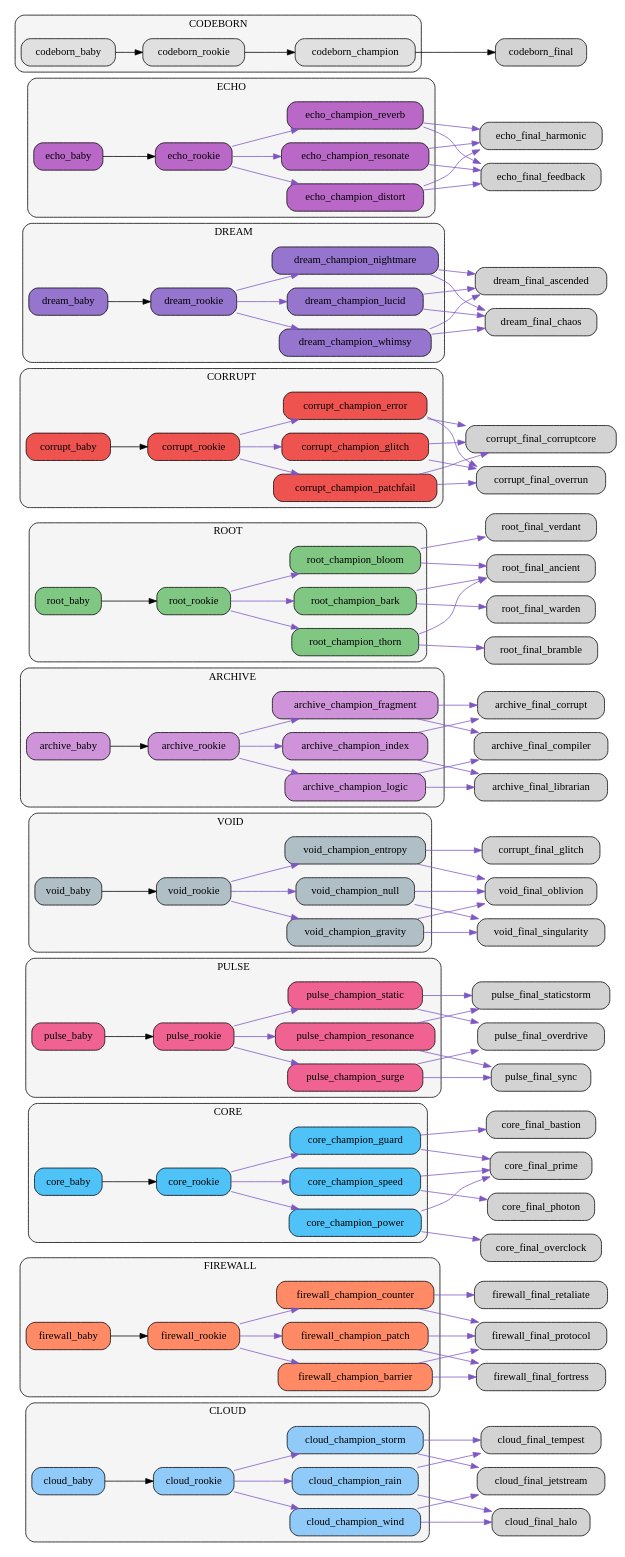
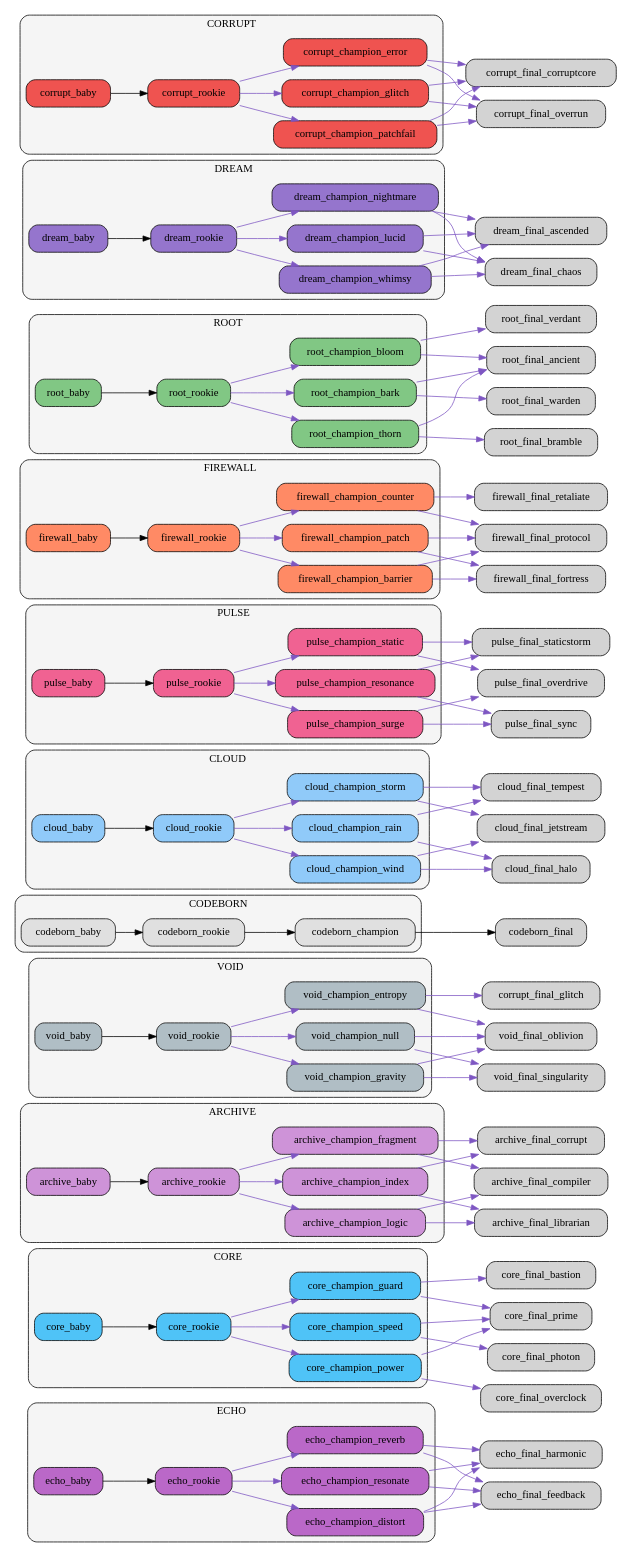
The diagram in src/netgrid/systems/evolution/graphs/clusters/evolution_clusters.dot (bwlight/NetGrid), drawn with Graphviz before and after one commit. The commit also changed other lines of this file and 8 other files, not shown here.

Commit message:
Auto-update evolution graphs

```diff
--- a/src/netgrid/systems/evolution/graphs/clusters/evolution_clusters.dot
+++ b/src/netgrid/systems/evolution/graphs/clusters/evolution_clusters.dot
@@ -1,6 +1,49 @@
 digraph EvolutionTree {
   rankdir=LR;
   node [shape=box, style="rounded,filled"];
+  subgraph cluster_echo {
+    label="ECHO";
+    style="rounded,filled"; fillcolor="#f5f5f5";
+    "echo_baby" [fillcolor="#ba68c8"];
+    "echo_rookie" [fillcolor="#ba68c8"];
+    "echo_champion_resonate" [fillcolor="#ba68c8"];
+    "echo_champion_reverb" [fillcolor="#ba68c8"];
+    "echo_champion_distort" [fillcolor="#ba68c8"];
+  }
+  subgraph cluster_core {
+    label="CORE";
+    style="rounded,filled"; fillcolor="#f5f5f5";
+    "core_baby" [fillcolor="#4fc3f7"];
+    "core_rookie" [fillcolor="#4fc3f7"];
+    "core_champion_power" [fillcolor="#4fc3f7"];
+    "core_champion_guard" [fillcolor="#4fc3f7"];
+    "core_champion_speed" [fillcolor="#4fc3f7"];
+  }
+  subgraph cluster_archive {
+    label="ARCHIVE";
+    style="rounded,filled"; fillcolor="#f5f5f5";
+    "archive_baby" [fillcolor="#ce93d8"];
+    "archive_rookie" [fillcolor="#ce93d8"];
+    "archive_champion_logic" [fillcolor="#ce93d8"];
+    "archive_champion_index" [fillcolor="#ce93d8"];
+    "archive_champion_fragment" [fillcolor="#ce93d8"];
+  }
+  subgraph cluster_void {
+    label="VOID";
+    style="rounded,filled"; fillcolor="#f5f5f5";
+    "void_baby" [fillcolor="#b0bec5"];
+    "void_rookie" [fillcolor="#b0bec5"];
+    "void_champion_entropy" [fillcolor="#b0bec5"];
+    "void_champion_gravity" [fillcolor="#b0bec5"];
+    "void_champion_null" [fillcolor="#b0bec5"];
+  }
+  subgraph cluster_codeborn {
+    label="CODEBORN";
+    style="rounded,filled"; fillcolor="#f5f5f5";
+    "codeborn_baby" [fillcolor="#e0e0e0"];
+    "codeborn_rookie" [fillcolor="#e0e0e0"];
+    "codeborn_champion" [fillcolor="#e0e0e0"];
+  }
   subgraph cluster_cloud {
     label="CLOUD";
     style="rounded,filled"; fillcolor="#f5f5f5";
@@ -9,6 +52,15 @@
     "cloud_champion_wind" [fillcolor="#90caf9"];
     "cloud_champion_rain" [fillcolor="#90caf9"];
     "cloud_champion_storm" [fillcolor="#90caf9"];
+  }
+  subgraph cluster_pulse {
+    label="PULSE";
+    style="rounded,filled"; fillcolor="#f5f5f5";
+    "pulse_baby" [fillcolor="#f06292"];
+    "pulse_rookie" [fillcolor="#f06292"];
+    "pulse_champion_surge" [fillcolor="#f06292"];
+    "pulse_champion_resonance" [fillcolor="#f06292"];
+    "pulse_champion_static" [fillcolor="#f06292"];
   }
   subgraph cluster_firewall {
     label="FIREWALL";
@@ -19,42 +71,6 @@
     "firewall_champion_counter" [fillcolor="#ff8a65"];
     "firewall_champion_patch" [fillcolor="#ff8a65"];
   }
-  subgraph cluster_core {
-    label="CORE";
-    style="rounded,filled"; fillcolor="#f5f5f5";
-    "core_baby" [fillcolor="#4fc3f7"];
-    "core_rookie" [fillcolor="#4fc3f7"];
-    "core_champion_power" [fillcolor="#4fc3f7"];
-    "core_champion_guard" [fillcolor="#4fc3f7"];
-    "core_champion_speed" [fillcolor="#4fc3f7"];
-  }
-  subgraph cluster_pulse {
-    label="PULSE";
-    style="rounded,filled"; fillcolor="#f5f5f5";
-    "pulse_baby" [fillcolor="#f06292"];
-    "pulse_rookie" [fillcolor="#f06292"];
-    "pulse_champion_surge" [fillcolor="#f06292"];
-    "pulse_champion_resonance" [fillcolor="#f06292"];
-    "pulse_champion_static" [fillcolor="#f06292"];
-  }
-  subgraph cluster_void {
-    label="VOID";
-    style="rounded,filled"; fillcolor="#f5f5f5";
-    "void_baby" [fillcolor="#b0bec5"];
-    "void_rookie" [fillcolor="#b0bec5"];
-    "void_champion_entropy" [fillcolor="#b0bec5"];
-    "void_champion_gravity" [fillcolor="#b0bec5"];
-    "void_champion_null" [fillcolor="#b0bec5"];
-  }
-  subgraph cluster_archive {
-    label="ARCHIVE";
-    style="rounded,filled"; fillcolor="#f5f5f5";
-    "archive_baby" [fillcolor="#ce93d8"];
-    "archive_rookie" [fillcolor="#ce93d8"];
-    "archive_champion_logic" [fillcolor="#ce93d8"];
-    "archive_champion_index" [fillcolor="#ce93d8"];
-    "archive_champion_fragment" [fillcolor="#ce93d8"];
-  }
   subgraph cluster_root {
     label="ROOT";
     style="rounded,filled"; fillcolor="#f5f5f5";
@@ -63,6 +79,15 @@
     "root_champion_thorn" [fillcolor="#81c784"];
     "root_champion_bloom" [fillcolor="#81c784"];
     "root_champion_bark" [fillcolor="#81c784"];
+  }
+  subgraph cluster_dream {
+    label="DREAM";
+    style="rounded,filled"; fillcolor="#f5f5f5";
+    "dream_baby" [fillcolor="#9575cd"];
+    "dream_rookie" [fillcolor="#9575cd"];
+    "dream_champion_lucid" [fillcolor="#9575cd"];
+    "dream_champion_nightmare" [fillcolor="#9575cd"];
+    "dream_champion_whimsy" [fillcolor="#9575cd"];
   }
   subgraph cluster_corrupt {
     label="CORRUPT";
@@ -73,31 +98,49 @@
     "corrupt_champion_error" [fillcolor="#ef5350"];
     "corrupt_champion_patchfail" [fillcolor="#ef5350"];
   }
-  subgraph cluster_dream {
-    label="DREAM";
-    style="rounded,filled"; fillcolor="#f5f5f5";
-    "dream_baby" [fillcolor="#9575cd"];
-    "dream_rookie" [fillcolor="#9575cd"];
-    "dream_champion_lucid" [fillcolor="#9575cd"];
-    "dream_champion_nightmare" [fillcolor="#9575cd"];
-    "dream_champion_whimsy" [fillcolor="#9575cd"];
-  }
-  subgraph cluster_echo {
-    label="ECHO";
-    style="rounded,filled"; fillcolor="#f5f5f5";
-    "echo_baby" [fillcolor="#ba68c8"];
-    "echo_rookie" [fillcolor="#ba68c8"];
-    "echo_champion_resonate" [fillcolor="#ba68c8"];
-    "echo_champion_reverb" [fillcolor="#ba68c8"];
-    "echo_champion_distort" [fillcolor="#ba68c8"];
-  }
-  subgraph cluster_codeborn {
-    label="CODEBORN";
-    style="rounded,filled"; fillcolor="#f5f5f5";
-    "codeborn_baby" [fillcolor="#e0e0e0"];
-    "codeborn_rookie" [fillcolor="#e0e0e0"];
-    "codeborn_champion" [fillcolor="#e0e0e0"];
-  }
+  "echo_baby" -> "echo_rookie";
+  "echo_rookie" -> "echo_champion_resonate" [color="#7e57c2"];
+  "echo_rookie" -> "echo_champion_reverb" [color="#7e57c2"];
+  "echo_rookie" -> "echo_champion_distort" [color="#7e57c2"];
+  "echo_champion_resonate" -> "echo_final_harmonic" [color="#7e57c2"];
+  "echo_champion_resonate" -> "echo_final_feedback" [color="#7e57c2"];
+  "echo_champion_reverb" -> "echo_final_feedback" [color="#7e57c2"];
+  "echo_champion_reverb" -> "echo_final_harmonic" [color="#7e57c2"];
+  "echo_champion_distort" -> "echo_final_feedback" [color="#7e57c2"];
+  "echo_champion_distort" -> "echo_final_harmonic" [color="#7e57c2"];
+  "core_baby" -> "core_rookie";
+  "core_rookie" -> "core_champion_power" [color="#7e57c2"];
+  "core_rookie" -> "core_champion_guard" [color="#7e57c2"];
+  "core_rookie" -> "core_champion_speed" [color="#7e57c2"];
+  "core_champion_power" -> "core_final_overclock" [color="#7e57c2"];
+  "core_champion_power" -> "core_final_prime" [color="#7e57c2"];
+  "core_champion_guard" -> "core_final_bastion" [color="#7e57c2"];
+  "core_champion_guard" -> "core_final_prime" [color="#7e57c2"];
+  "core_champion_speed" -> "core_final_photon" [color="#7e57c2"];
+  "core_champion_speed" -> "core_final_prime" [color="#7e57c2"];
+  "archive_baby" -> "archive_rookie";
+  "archive_rookie" -> "archive_champion_logic" [color="#7e57c2"];
+  "archive_rookie" -> "archive_champion_index" [color="#7e57c2"];
+  "archive_rookie" -> "archive_champion_fragment" [color="#7e57c2"];
+  "archive_champion_logic" -> "archive_final_compiler" [color="#7e57c2"];
+  "archive_champion_logic" -> "archive_final_librarian" [color="#7e57c2"];
+  "archive_champion_index" -> "archive_final_librarian" [color="#7e57c2"];
+  "archive_champion_index" -> "archive_final_corrupt" [color="#7e57c2"];
+  "archive_champion_fragment" -> "archive_final_corrupt" [color="#7e57c2"];
+  "archive_champion_fragment" -> "archive_final_compiler" [color="#7e57c2"];
+  "void_baby" -> "void_rookie";
+  "void_rookie" -> "void_champion_entropy" [color="#7e57c2"];
+  "void_rookie" -> "void_champion_gravity" [color="#7e57c2"];
+  "void_rookie" -> "void_champion_null" [color="#7e57c2"];
+  "void_champion_entropy" -> "corrupt_final_glitch" [color="#7e57c2"];
+  "void_champion_entropy" -> "void_final_oblivion" [color="#7e57c2"];
+  "void_champion_gravity" -> "void_final_singularity" [color="#7e57c2"];
+  "void_champion_gravity" -> "void_final_oblivion" [color="#7e57c2"];
+  "void_champion_null" -> "void_final_oblivion" [color="#7e57c2"];
+  "void_champion_null" -> "void_final_singularity" [color="#7e57c2"];
+  "codeborn_baby" -> "codeborn_rookie";
+  "codeborn_rookie" -> "codeborn_champion";
+  "codeborn_champion" -> "codeborn_final";
   "cloud_baby" -> "cloud_rookie";
   "cloud_rookie" -> "cloud_champion_wind" [color="#7e57c2"];
   "cloud_rookie" -> "cloud_champion_rain" [color="#7e57c2"];
@@ -108,6 +151,16 @@
   "cloud_champion_rain" -> "cloud_final_tempest" [color="#7e57c2"];
   "cloud_champion_storm" -> "cloud_final_tempest" [color="#7e57c2"];
   "cloud_champion_storm" -> "cloud_final_jetstream" [color="#7e57c2"];
+  "pulse_baby" -> "pulse_rookie";
+  "pulse_rookie" -> "pulse_champion_surge" [color="#7e57c2"];
+  "pulse_rookie" -> "pulse_champion_resonance" [color="#7e57c2"];
+  "pulse_rookie" -> "pulse_champion_static" [color="#7e57c2"];
+  "pulse_champion_surge" -> "pulse_final_overdrive" [color="#7e57c2"];
+  "pulse_champion_surge" -> "pulse_final_sync" [color="#7e57c2"];
+  "pulse_champion_resonance" -> "pulse_final_sync" [color="#7e57c2"];
+  "pulse_champion_resonance" -> "pulse_final_staticstorm" [color="#7e57c2"];
+  "pulse_champion_static" -> "pulse_final_staticstorm" [color="#7e57c2"];
+  "pulse_champion_static" -> "pulse_final_overdrive" [color="#7e57c2"];
   "firewall_baby" -> "firewall_rookie";
   "firewall_rookie" -> "firewall_champion_barrier" [color="#7e57c2"];
   "firewall_rookie" -> "firewall_champion_counter" [color="#7e57c2"];
@@ -118,46 +171,6 @@
   "firewall_champion_counter" -> "firewall_final_protocol" [color="#7e57c2"];
   "firewall_champion_patch" -> "firewall_final_protocol" [color="#7e57c2"];
   "firewall_champion_patch" -> "firewall_final_fortress" [color="#7e57c2"];
-  "core_baby" -> "core_rookie";
-  "core_rookie" -> "core_champion_power" [color="#7e57c2"];
-  "core_rookie" -> "core_champion_guard" [color="#7e57c2"];
-  "core_rookie" -> "core_champion_speed" [color="#7e57c2"];
-  "core_champion_power" -> "core_final_overclock" [color="#7e57c2"];
-  "core_champion_power" -> "core_final_prime" [color="#7e57c2"];
-  "core_champion_guard" -> "core_final_bastion" [color="#7e57c2"];
-  "core_champion_guard" -> "core_final_prime" [color="#7e57c2"];
-  "core_champion_speed" -> "core_final_photon" [color="#7e57c2"];
-  "core_champion_speed" -> "core_final_prime" [color="#7e57c2"];
-  "pulse_baby" -> "pulse_rookie";
-  "pulse_rookie" -> "pulse_champion_surge" [color="#7e57c2"];
-  "pulse_rookie" -> "pulse_champion_resonance" [color="#7e57c2"];
-  "pulse_rookie" -> "pulse_champion_static" [color="#7e57c2"];
-  "pulse_champion_surge" -> "pulse_final_overdrive" [color="#7e57c2"];
-  "pulse_champion_surge" -> "pulse_final_sync" [color="#7e57c2"];
-  "pulse_champion_resonance" -> "pulse_final_sync" [color="#7e57c2"];
-  "pulse_champion_resonance" -> "pulse_final_staticstorm" [color="#7e57c2"];
-  "pulse_champion_static" -> "pulse_final_staticstorm" [color="#7e57c2"];
-  "pulse_champion_static" -> "pulse_final_overdrive" [color="#7e57c2"];
-  "void_baby" -> "void_rookie";
-  "void_rookie" -> "void_champion_entropy" [color="#7e57c2"];
-  "void_rookie" -> "void_champion_gravity" [color="#7e57c2"];
-  "void_rookie" -> "void_champion_null" [color="#7e57c2"];
-  "void_champion_entropy" -> "corrupt_final_glitch" [color="#7e57c2"];
-  "void_champion_entropy" -> "void_final_oblivion" [color="#7e57c2"];
-  "void_champion_gravity" -> "void_final_singularity" [color="#7e57c2"];
-  "void_champion_gravity" -> "void_final_oblivion" [color="#7e57c2"];
-  "void_champion_null" -> "void_final_oblivion" [color="#7e57c2"];
-  "void_champion_null" -> "void_final_singularity" [color="#7e57c2"];
-  "archive_baby" -> "archive_rookie";
-  "archive_rookie" -> "archive_champion_logic" [color="#7e57c2"];
-  "archive_rookie" -> "archive_champion_index" [color="#7e57c2"];
-  "archive_rookie" -> "archive_champion_fragment" [color="#7e57c2"];
-  "archive_champion_logic" -> "archive_final_compiler" [color="#7e57c2"];
-  "archive_champion_logic" -> "archive_final_librarian" [color="#7e57c2"];
-  "archive_champion_index" -> "archive_final_librarian" [color="#7e57c2"];
-  "archive_champion_index" -> "archive_final_corrupt" [color="#7e57c2"];
-  "archive_champion_fragment" -> "archive_final_corrupt" [color="#7e57c2"];
-  "archive_champion_fragment" -> "archive_final_compiler" [color="#7e57c2"];
   "root_baby" -> "root_rookie";
   "root_rookie" -> "root_champion_thorn" [color="#7e57c2"];
   "root_rookie" -> "root_champion_bloom" [color="#7e57c2"];
@@ -168,6 +181,16 @@
   "root_champion_bloom" -> "root_final_verdant" [color="#7e57c2"];
   "root_champion_bark" -> "root_final_warden" [color="#7e57c2"];
   "root_champion_bark" -> "root_final_ancient" [color="#7e57c2"];
+  "dream_baby" -> "dream_rookie";
+  "dream_rookie" -> "dream_champion_lucid" [color="#7e57c2"];
+  "dream_rookie" -> "dream_champion_nightmare" [color="#7e57c2"];
+  "dream_rookie" -> "dream_champion_whimsy" [color="#7e57c2"];
+  "dream_champion_lucid" -> "dream_final_ascended" [color="#7e57c2"];
+  "dream_champion_lucid" -> "dream_final_chaos" [color="#7e57c2"];
+  "dream_champion_nightmare" -> "dream_final_chaos" [color="#7e57c2"];
+  "dream_champion_nightmare" -> "dream_final_ascended" [color="#7e57c2"];
+  "dream_champion_whimsy" -> "dream_final_ascended" [color="#7e57c2"];
+  "dream_champion_whimsy" -> "dream_final_chaos" [color="#7e57c2"];
   "corrupt_baby" -> "corrupt_rookie";
   "corrupt_rookie" -> "corrupt_champion_glitch" [color="#7e57c2"];
   "corrupt_rookie" -> "corrupt_champion_error" [color="#7e57c2"];
@@ -178,27 +201,4 @@
   "corrupt_champion_error" -> "corrupt_final_corruptcore" [color="#7e57c2"];
   "corrupt_champion_patchfail" -> "corrupt_final_corruptcore" [color="#7e57c2"];
   "corrupt_champion_patchfail" -> "corrupt_final_overrun" [color="#7e57c2"];
-  "dream_baby" -> "dream_rookie";
-  "dream_rookie" -> "dream_champion_lucid" [color="#7e57c2"];
-  "dream_rookie" -> "dream_champion_nightmare" [color="#7e57c2"];
-  "dream_rookie" -> "dream_champion_whimsy" [color="#7e57c2"];
-  "dream_champion_lucid" -> "dream_final_ascended" [color="#7e57c2"];
-  "dream_champion_lucid" -> "dream_final_chaos" [color="#7e57c2"];
-  "dream_champion_nightmare" -> "dream_final_chaos" [color="#7e57c2"];
-  "dream_champion_nightmare" -> "dream_final_ascended" [color="#7e57c2"];
-  "dream_champion_whimsy" -> "dream_final_ascended" [color="#7e57c2"];
-  "dream_champion_whimsy" -> "dream_final_chaos" [color="#7e57c2"];
-  "echo_baby" -> "echo_rookie";
-  "echo_rookie" -> "echo_champion_resonate" [color="#7e57c2"];
-  "echo_rookie" -> "echo_champion_reverb" [color="#7e57c2"];
-  "echo_rookie" -> "echo_champion_distort" [color="#7e57c2"];
-  "echo_champion_resonate" -> "echo_final_harmonic" [color="#7e57c2"];
-  "echo_champion_resonate" -> "echo_final_feedback" [color="#7e57c2"];
-  "echo_champion_reverb" -> "echo_final_feedback" [color="#7e57c2"];
-  "echo_champion_reverb" -> "echo_final_harmonic" [color="#7e57c2"];
-  "echo_champion_distort" -> "echo_final_feedback" [color="#7e57c2"];
-  "echo_champion_distort" -> "echo_final_harmonic" [color="#7e57c2"];
-  "codeborn_baby" -> "codeborn_rookie";
-  "codeborn_rookie" -> "codeborn_champion";
-  "codeborn_champion" -> "codeborn_final";
 }
```
